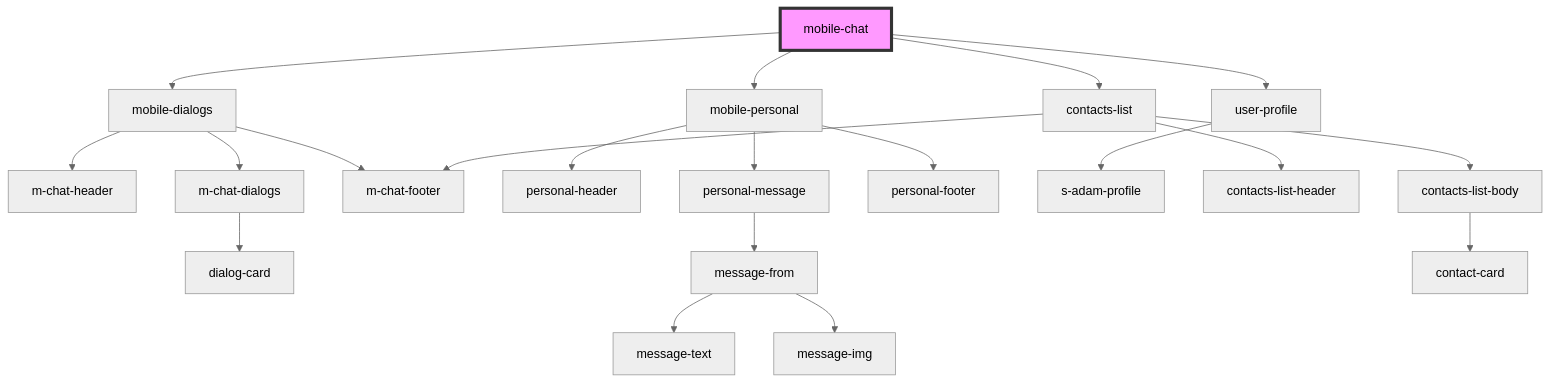
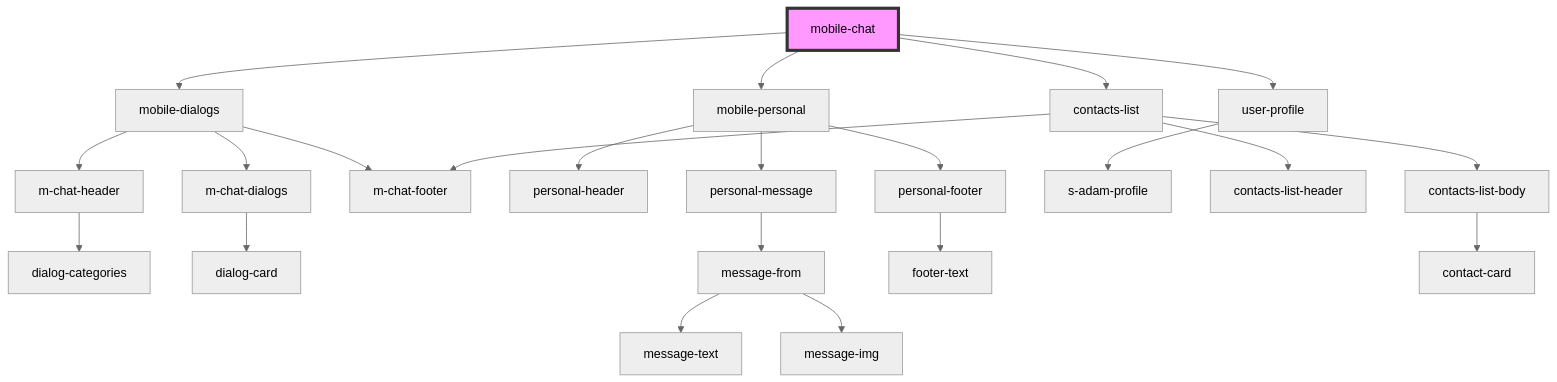
One commit to saqhan/stencil-chat changed the diagram in src/components/mobile/mobile-chat/readme.md. Above: the diagram before and after it, drawn with Mermaid (neutral theme). The commit also changed 24 other files, not shown here.

````diff
--- a/src/components/mobile/mobile-chat/readme.md
+++ b/src/components/mobile/mobile-chat/readme.md
@@ -18,23 +18,25 @@
 ```mermaid
 graph TD;
   mobile-chat --> mobile-dialogs
   mobile-chat --> mobile-personal
   mobile-chat --> user-profile
   mobile-chat --> contacts-list
   mobile-dialogs --> m-chat-header
   mobile-dialogs --> m-chat-dialogs
   mobile-dialogs --> m-chat-footer
+  m-chat-header --> dialog-categories
   m-chat-dialogs --> dialog-card
   mobile-personal --> personal-header
   mobile-personal --> personal-message
   mobile-personal --> personal-footer
   personal-message --> message-from
   message-from --> message-text
   message-from --> message-img
+  personal-footer --> footer-text
   user-profile --> s-adam-profile
   contacts-list --> contacts-list-header
   contacts-list --> contacts-list-body
   contacts-list --> m-chat-footer
   contacts-list-body --> contact-card
   style mobile-chat fill:#f9f,stroke:#333,stroke-width:4px
 ```
````
